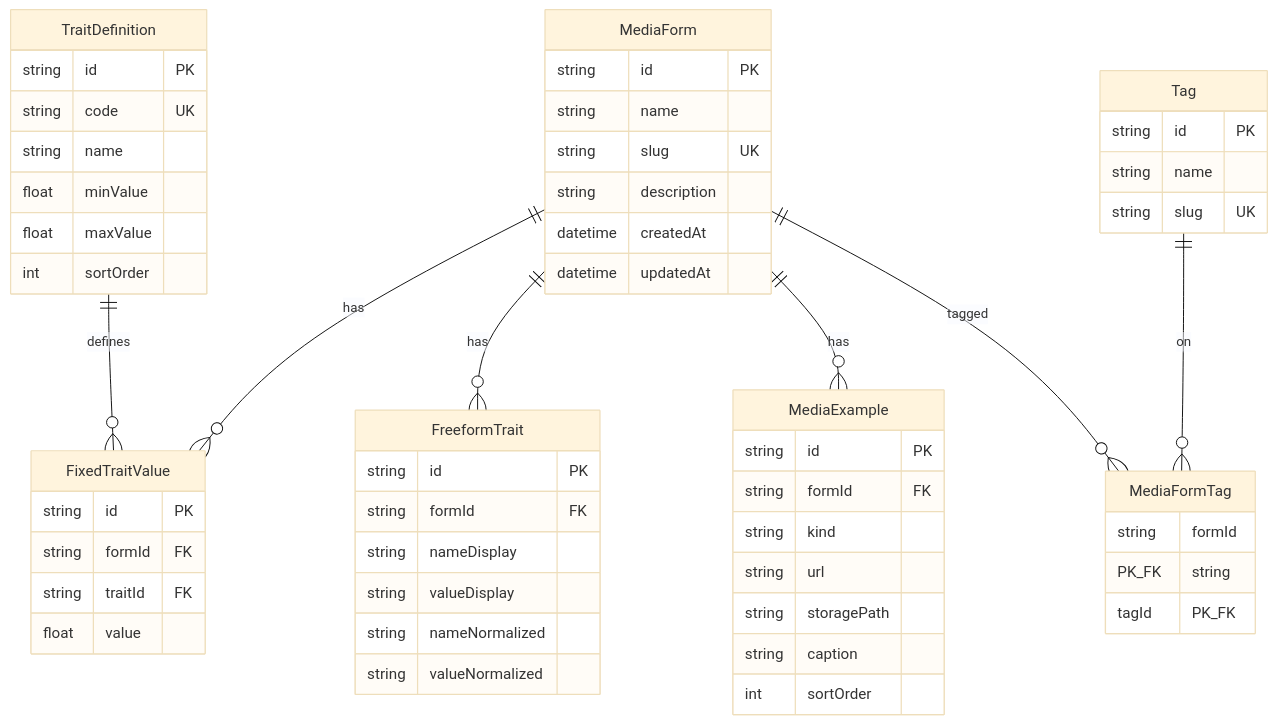
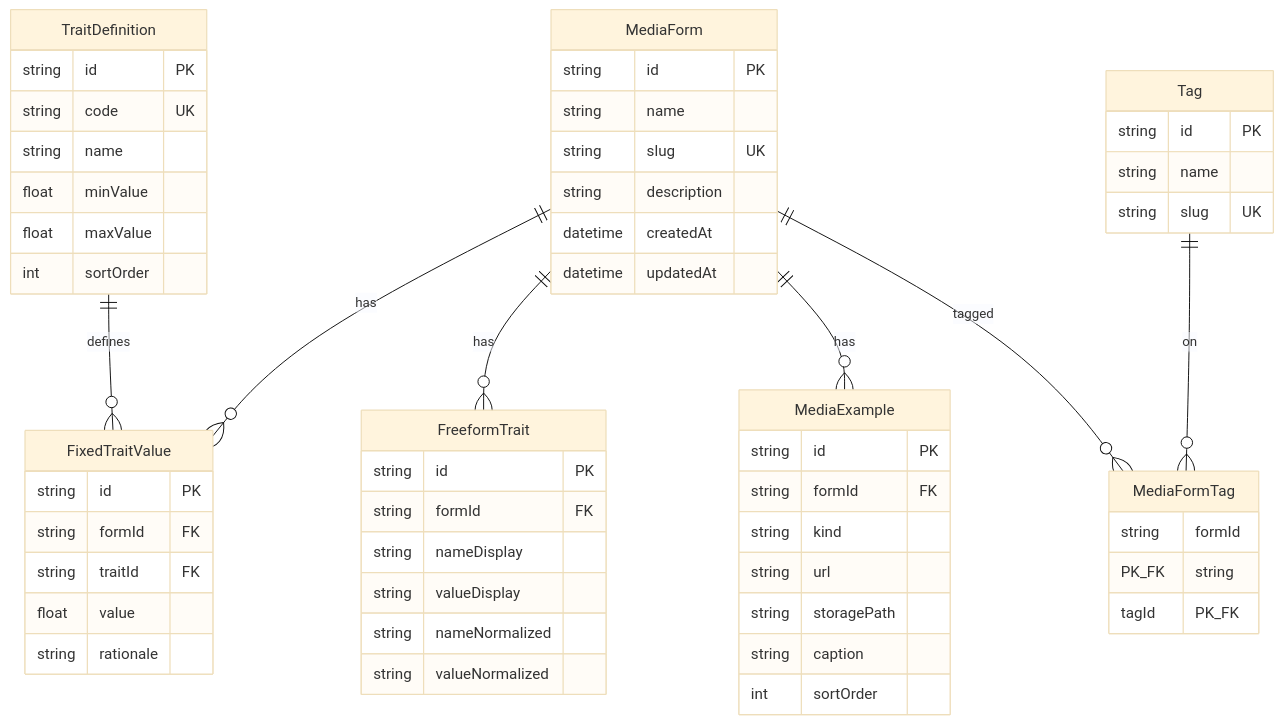
Before and after one commit to Glimpse-Gaze/MediaOctant: the diagram in DATABASE.md, drawn with Mermaid (base theme). The commit also changed other lines of this file and 10 other files, not shown here.

````diff
--- a/DATABASE.md
+++ b/DATABASE.md
@@ -11,64 +11,65 @@
 ```mermaid
 erDiagram
   MediaForm ||--o{ FixedTraitValue : has
   MediaForm ||--o{ FreeformTrait : has
   MediaForm ||--o{ MediaExample : has
   MediaForm ||--o{ MediaFormTag : tagged
   Tag ||--o{ MediaFormTag : on
   TraitDefinition ||--o{ FixedTraitValue : defines
 
   MediaForm {
     string id PK
     string name
     string slug UK
     string description
     datetime createdAt
     datetime updatedAt
   }
 
   Tag {
     string id PK
     string name
     string slug UK
   }
 
   MediaFormTag {
     string formId PK_FK
     string tagId PK_FK
   }
 
   TraitDefinition {
     string id PK
     string code UK
     string name
     float minValue
     float maxValue
     int sortOrder
   }
 
   FixedTraitValue {
     string id PK
     string formId FK
     string traitId FK
     float value
+    string rationale
   }
 
   FreeformTrait {
     string id PK
     string formId FK
     string nameDisplay
     string valueDisplay
     string nameNormalized
     string valueNormalized
   }
 
   MediaExample {
     string id PK
     string formId FK
     string kind
     string url
     string storagePath
     string caption
     int sortOrder
   }
 ```
````
